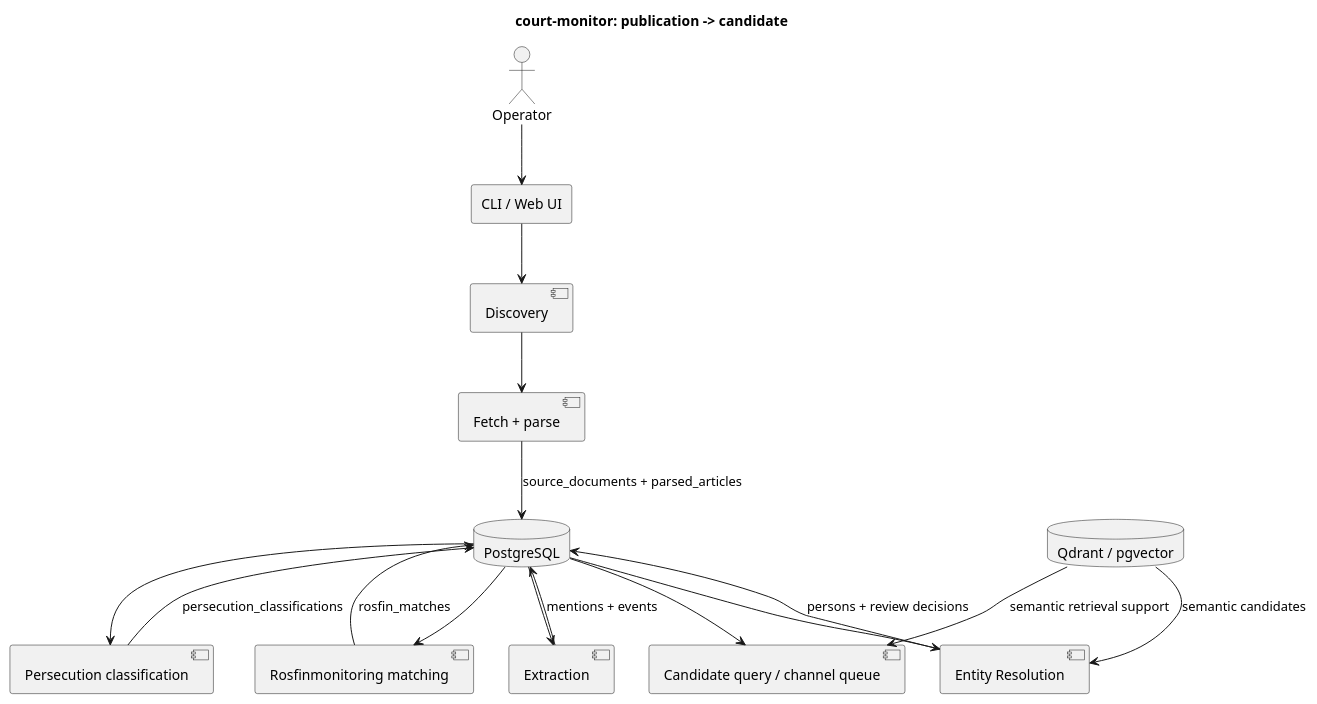
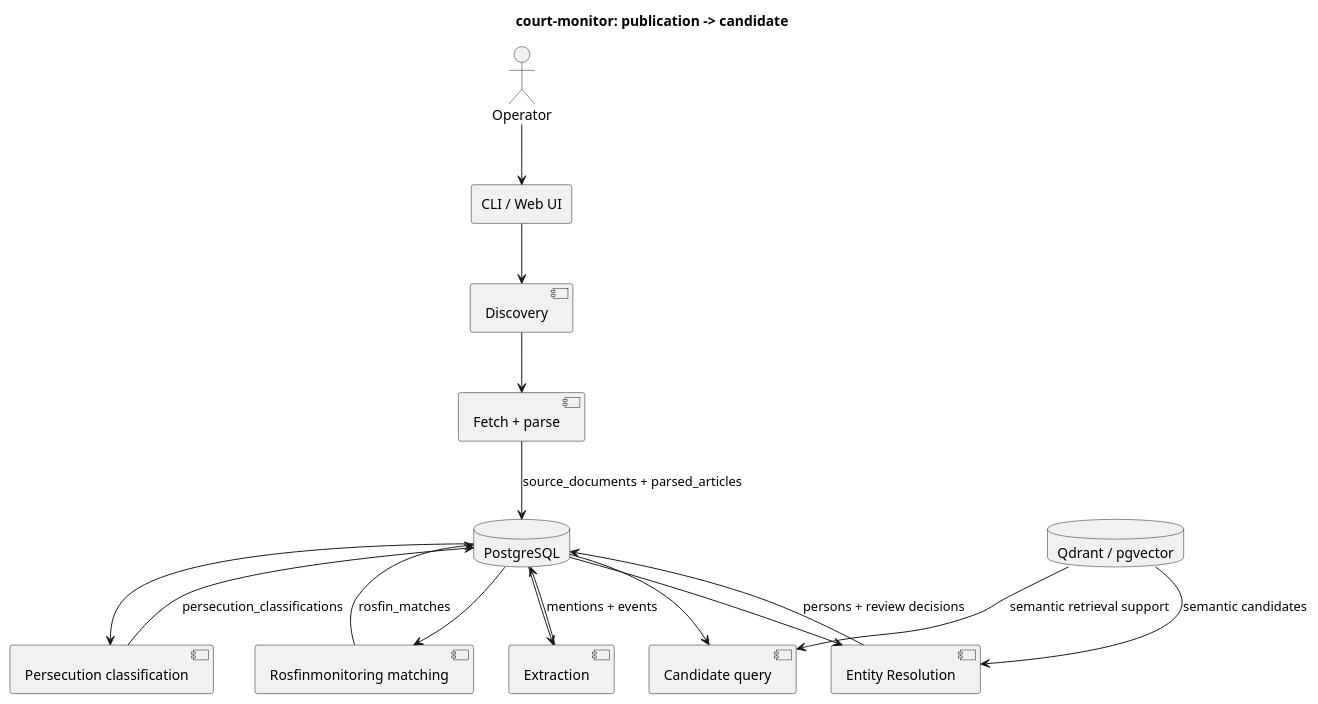
The diagram in docs/wiki/Overview.md (megannnn98/court-monitor), drawn with PlantUML before and after one commit. The commit also changed 13 other files, not shown here.

````diff
--- a/docs/wiki/Overview.md
+++ b/docs/wiki/Overview.md
@@ -37,33 +37,33 @@
 ```plantuml
 @startuml
 title court-monitor: publication -> candidate
 
 actor Operator
 rectangle "CLI / Web UI" as Entry
 component "Discovery" as Discovery
 component "Fetch + parse" as Parse
 component "Extraction" as Extraction
 component "Entity Resolution" as ER
 component "Persecution classification" as Persecution
 component "Rosfinmonitoring matching" as RF
-component "Candidate query / channel queue" as Candidates
+component "Candidate query" as Candidates
 database "PostgreSQL" as DB
 database "Qdrant / pgvector" as Vectors
 
 Operator --> Entry
 Entry --> Discovery
 Discovery --> Parse
 Parse --> DB : source_documents + parsed_articles
 DB --> Extraction
 Extraction --> DB : mentions + events
 DB --> ER
 ER --> DB : persons + review decisions
 DB --> Persecution
 Persecution --> DB : persecution_classifications
 DB --> RF
 RF --> DB : rosfin_matches
 DB --> Candidates
 Vectors --> ER : semantic candidates
 Vectors --> Candidates : semantic retrieval support
 @enduml
 ```
````
